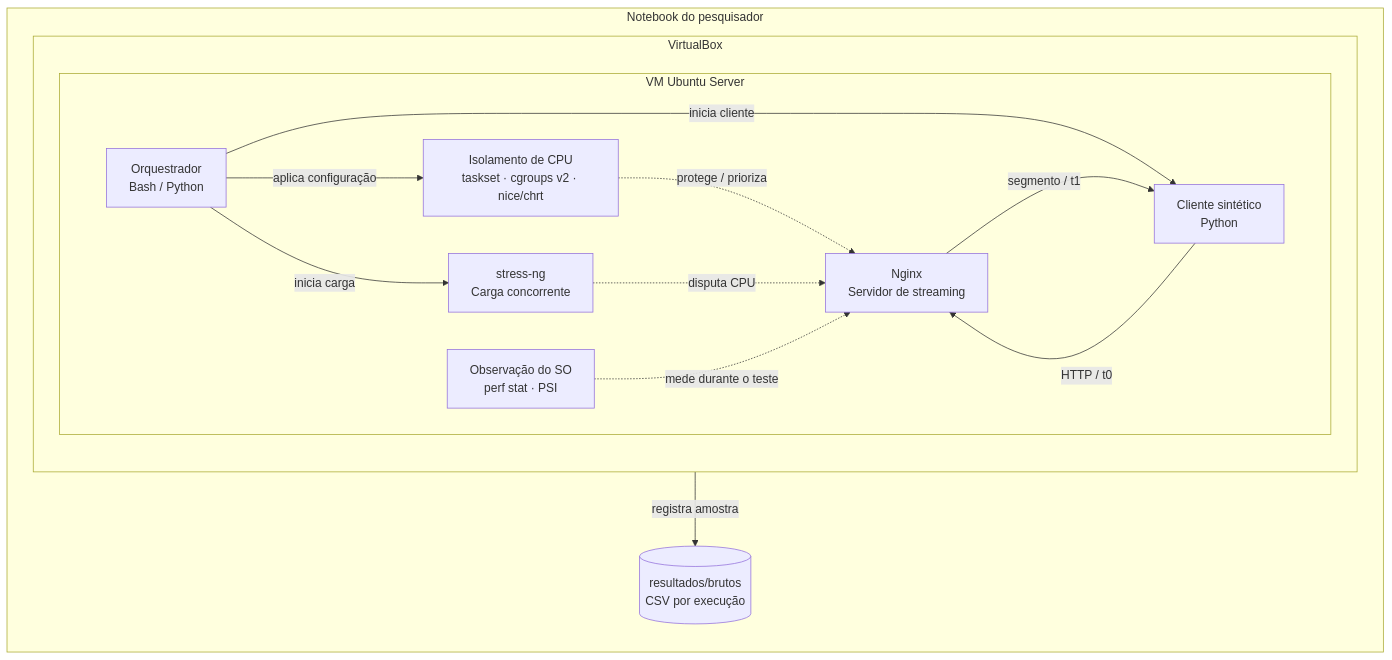
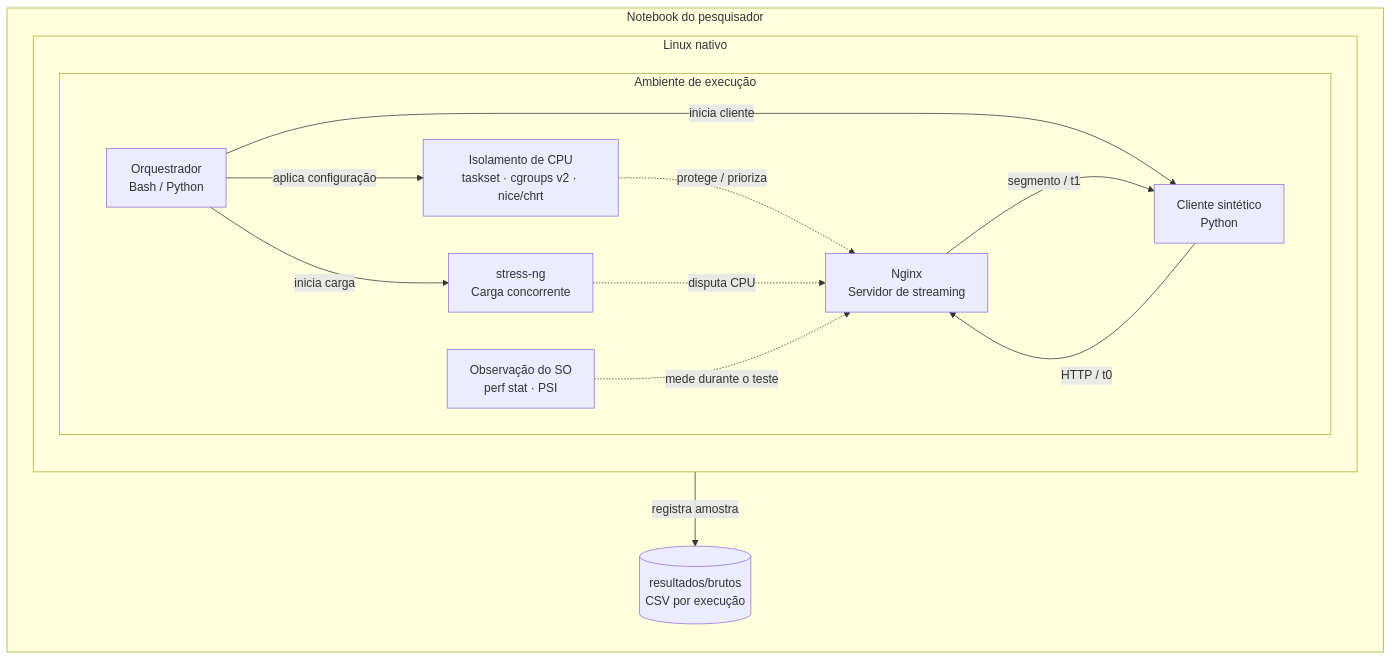
One commit to omarhenriqu3/streaming-so changed the first of 2 diagrams in README.md. Above: the diagram before and after it, drawn with Mermaid. The commit also changed other lines of this file and 4 other files, not shown here.

Commit message:
niveis proporcionais, ambiente Linux nativo e roteiro de execucao

````diff
--- a/README.md
+++ b/README.md
@@ -25,28 +25,28 @@
 ```mermaid
 flowchart LR
     subgraph HOST["Notebook do pesquisador"]
         direction TB
-        subgraph VBOX["VirtualBox"]
+        subgraph VBOX["Linux nativo"]
             direction TB
-            subgraph VM["VM Ubuntu Server"]
+            subgraph VM["Ambiente de execução"]
                 direction LR
                 ORQ["Orquestrador<br/>Bash / Python"]
                 ISO["Isolamento de CPU<br/>taskset · cgroups v2 · nice/chrt"]
                 NGINX["Nginx<br/>Servidor de streaming"]
                 STRESS["stress-ng<br/>Carga concorrente"]
                 CLIENT["Cliente sintético<br/>Python"]
                 OBS["Observação do SO<br/>perf stat · PSI"]
                 ORQ -->|"aplica configuração"| ISO
                 ISO -.->|"protege / prioriza"| NGINX
                 ORQ -->|"inicia carga"| STRESS
                 STRESS -.->|"disputa CPU"| NGINX
                 ORQ -->|"inicia cliente"| CLIENT
                 CLIENT -->|"HTTP / t0"| NGINX
                 NGINX -->|"segmento / t1"| CLIENT
                 OBS -.->|"mede durante o teste"| NGINX
             end
         end
         CSV[("resultados/brutos<br/>CSV por execução")]
     end
     ORQ -->|"registra amostra"| CSV
 ```
````
